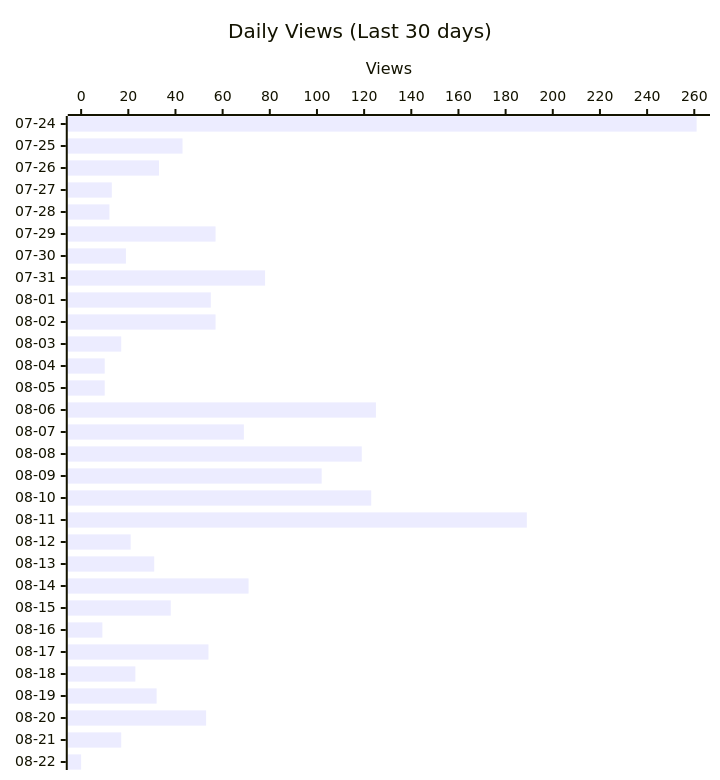
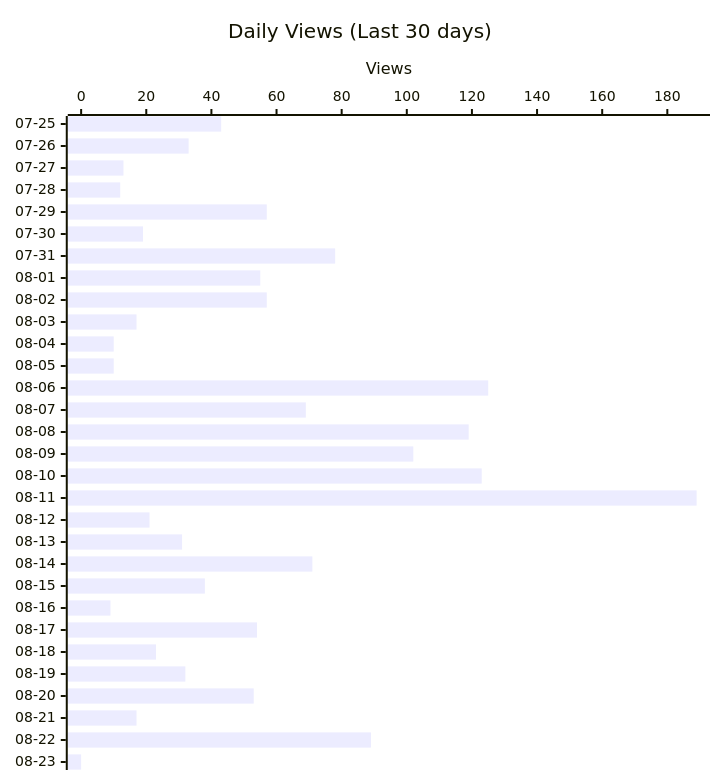
The second of 4 diagrams in README.md (shigechika/github-insights), drawn with Mermaid before and after one commit. The commit also changed other lines of this file and 2 other files, not shown here.

````diff
--- a/README.md
+++ b/README.md
@@ -28,12 +28,12 @@
 ```mermaid
 ---
 config:
   xyChart:
     height: 760
 ---
 xychart-beta horizontal
     title "Daily Views (Last 30 days)"
-    x-axis ["07-24", "07-25", "07-26", "07-27", "07-28", "07-29", "07-30", "07-31", "08-01", "08-02", "08-03", "08-04", "08-05", "08-06", "08-07", "08-08", "08-09", "08-10", "08-11", "08-12", "08-13", "08-14", "08-15", "08-16", "08-17", "08-18", "08-19", "08-20", "08-21", "08-22"]
+    x-axis ["07-25", "07-26", "07-27", "07-28", "07-29", "07-30", "07-31", "08-01", "08-02", "08-03", "08-04", "08-05", "08-06", "08-07", "08-08", "08-09", "08-10", "08-11", "08-12", "08-13", "08-14", "08-15", "08-16", "08-17", "08-18", "08-19", "08-20", "08-21", "08-22", "08-23"]
     y-axis "Views"
-    bar [261, 43, 33, 13, 12, 57, 19, 78, 55, 57, 17, 10, 10, 125, 69, 119, 102, 123, 189, 21, 31, 71, 38, 9, 54, 23, 32, 53, 17, 0]
+    bar [43, 33, 13, 12, 57, 19, 78, 55, 57, 17, 10, 10, 125, 69, 119, 102, 123, 189, 21, 31, 71, 38, 9, 54, 23, 32, 53, 17, 89, 0]
 ```
````
